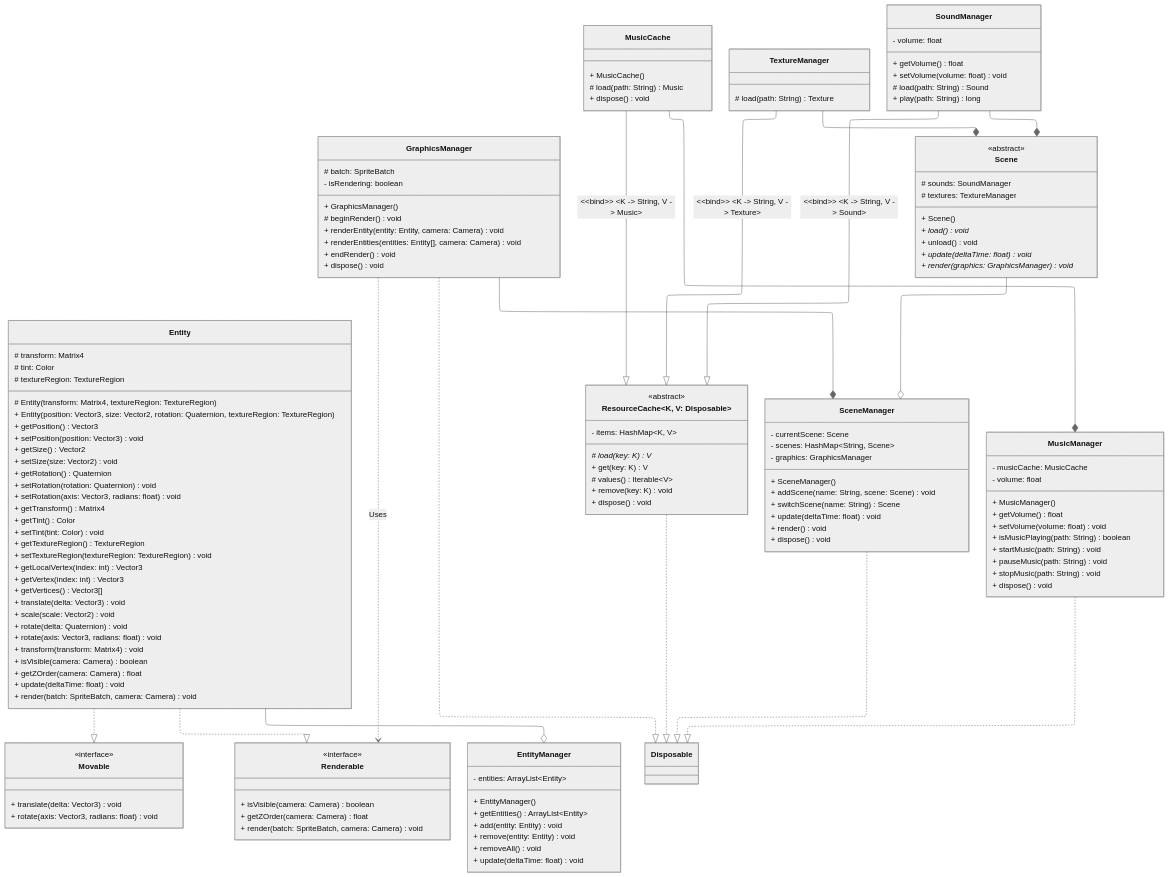
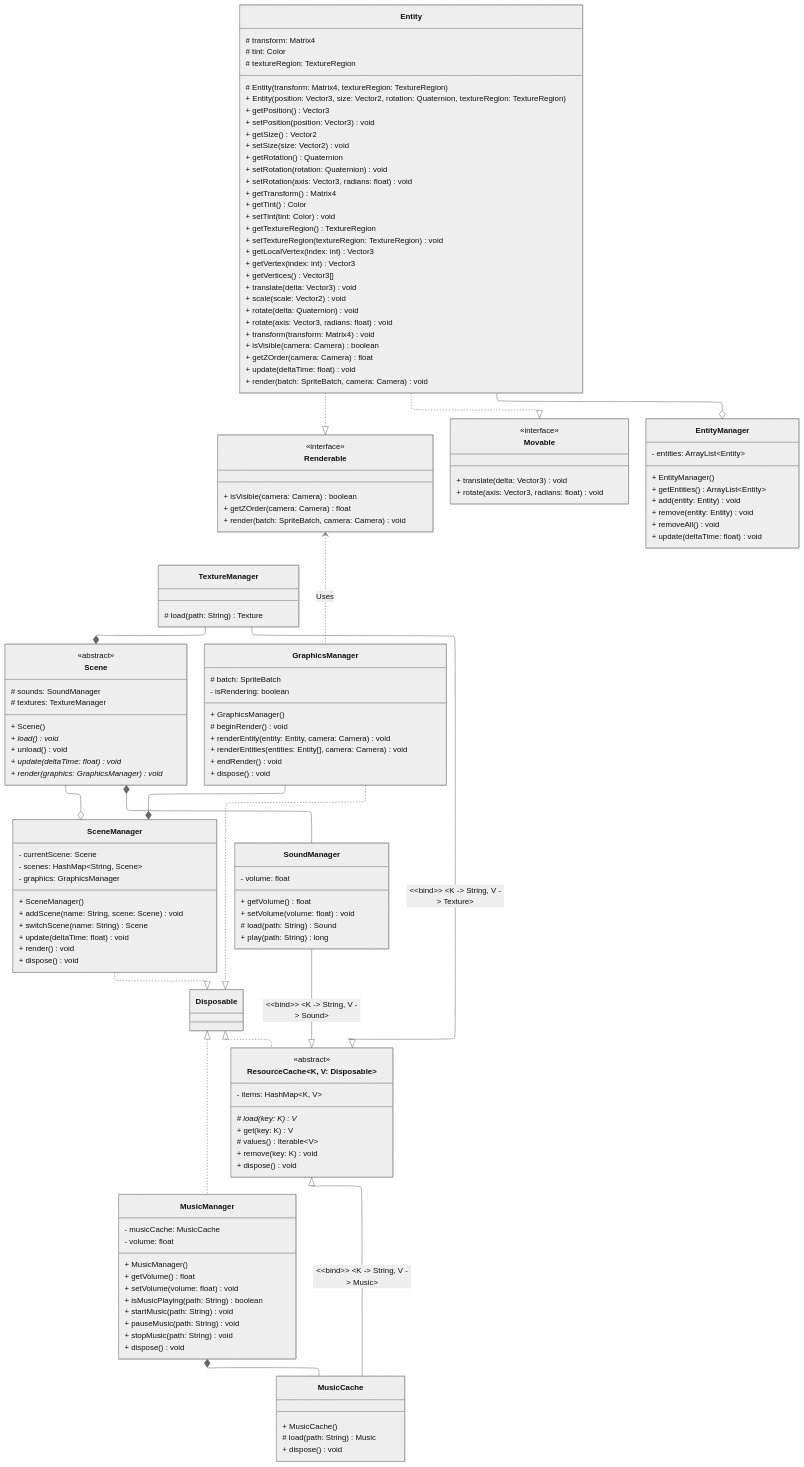
The diagram in class-diagram/entity-graphics-scene.mmd (TemariVirus/harbour-franca), drawn with Mermaid before and after one commit. The commit also changed 2 other files, not shown here.

Commit message:
Layout class diagrams nicely

```diff
--- a/class-diagram/entity-graphics-scene.mmd
+++ b/class-diagram/entity-graphics-scene.mmd
@@ -1,169 +1,169 @@
 ---
 config:
     theme: neutral
     layout: elk
     defaultRenderer: elk
     elk:
         nodePlacementStrategy: NETWORK_SIMPLEX
 ---
 
 classDiagram
+    TextureManager --* Scene
+    GraphicsManager ..|> Disposable
+    Renderable <.. GraphicsManager: Uses
+    Disposable <|.. ResourceCache~K&comma; V: Disposable~
+    Scene --o SceneManager
+    SceneManager ..|> Disposable
+    GraphicsManager --* SceneManager
+    ResourceCache <|-- MusicCache: #60;#60;bind#62;#62; #60;K -> String, V -> Music#62;
     Entity ..|> Movable
     Entity ..|> Renderable
     Entity --o EntityManager
-    GraphicsManager ..|> Disposable
-    GraphicsManager ..> Renderable: Uses
-    ResourceCache~K&comma; V: Disposable~ ..|> Disposable
-    Scene --o SceneManager
-    SceneManager ..|> Disposable
-    GraphicsManager --* SceneManager
-    MusicCache --|> ResourceCache: #60;#60;bind#62;#62; #60;K -> String, V -> Music#62;
-    MusicCache --* MusicManager
-    MusicManager ..|> Disposable
+    MusicManager *-- MusicCache
+    Disposable <|.. MusicManager
     TextureManager --|> ResourceCache: #60;#60;bind#62;#62; #60;K -> String, V -> Texture#62;
-    TextureManager --* Scene
     SoundManager --|> ResourceCache: #60;#60;bind#62;#62; #60;K -> String, V -> Sound#62;
-    SoundManager --* Scene
+    Scene *-- SoundManager
 
 
     class Entity {
         # transform: Matrix4
         # tint: Color
         # textureRegion: TextureRegion
 
         # Entity(transform: Matrix4, textureRegion: TextureRegion)
         + Entity(position: Vector3, size: Vector2, rotation: Quaternion, textureRegion: TextureRegion)
         + getPosition() Vector3
         + setPosition(position: Vector3) void
         + getSize() Vector2
         + setSize(size: Vector2) void
         + getRotation() Quaternion
         + setRotation(rotation: Quaternion) void
         + setRotation(axis: Vector3, radians: float) void
         + getTransform() Matrix4
         + getTint() Color
         + setTint(tint: Color) void
         + getTextureRegion() TextureRegion
         + setTextureRegion(textureRegion: TextureRegion) void
         + getLocalVertex(index: int) Vector3
         + getVertex(index: int) Vector3
         + getVertices() Vector3[]
         + translate(delta: Vector3) void
         + scale(scale: Vector2) void
         + rotate(delta: Quaternion) void
         + rotate(axis: Vector3, radians: float) void
         + transform(transform: Matrix4) void
         + isVisible(camera: Camera) boolean
         + getZOrder(camera: Camera) float
         + update(deltaTime: float) void
         + render(batch: SpriteBatch, camera: Camera) void
     }
 
     class EntityManager {
         - entities: ArrayList~Entity~
 
         + EntityManager()
         + getEntities() ArrayList~Entity~
         + add(entity: Entity) void
         + remove(entity: Entity) void
         + removeAll() void
         + update(deltaTime: float) void
     }
 
     class GraphicsManager {
         # batch: SpriteBatch
         - isRendering: boolean
 
         + GraphicsManager()
         # beginRender() void
         + renderEntity(entity: Entity, camera: Camera) void
         + renderEntities(entities: Entity[], camera: Camera) void
         + endRender() void
         + dispose() void
     }
 
     class Movable {
         <<interface>>
 
         + translate(delta: Vector3) void
         + rotate(axis: Vector3, radians: float) void
     }
 
     class Renderable {
         <<interface>>
 
         + isVisible(camera: Camera) boolean
         + getZOrder(camera: Camera) float
         + render(batch: SpriteBatch, camera: Camera) void
     }
 
     class ResourceCache~K&comma; V: Disposable~ {
         <<abstract>>
 
         - items: HashMap~K&comma; V~
 
         # load(key: K)* V
         + get(key: K) V
         # values() Iterable~V~
         + remove(key: K) void
         + dispose() void
     }
 
     class Scene {
         <<abstract>>
 
         # sounds: SoundManager
         # textures: TextureManager
 
         + Scene()
         + load()* void
         + unload() void
         + update(deltaTime: float)* void
         + render(graphics: GraphicsManager)* void
     }
 
     class SceneManager {
         - currentScene: Scene
         - scenes: HashMap~String&comma; Scene~
         - graphics: GraphicsManager
 
         + SceneManager()
         + addScene(name: String, scene: Scene) void
         + switchScene(name: String) Scene
         + update(deltaTime: float) void
         + render() void
         + dispose() void
     }
 
     class MusicCache {
         + MusicCache()
         # load(path: String) Music
         + dispose() void
     }
 
     class MusicManager {
         - musicCache: MusicCache
         - volume: float
 
         + MusicManager()
         + getVolume() float
         + setVolume(volume: float) void
         + isMusicPlaying(path: String) boolean
         + startMusic(path: String) void
         + pauseMusic(path: String) void
         + stopMusic(path: String) void
         + dispose() void
     }
 
     class SoundManager {
         - volume: float
 
         + getVolume() float
         + setVolume(volume: float) void
         # load(path: String) Sound
         + play(path: String) long
     }
 
     class TextureManager {
         # load(path: String) Texture
     }
```
